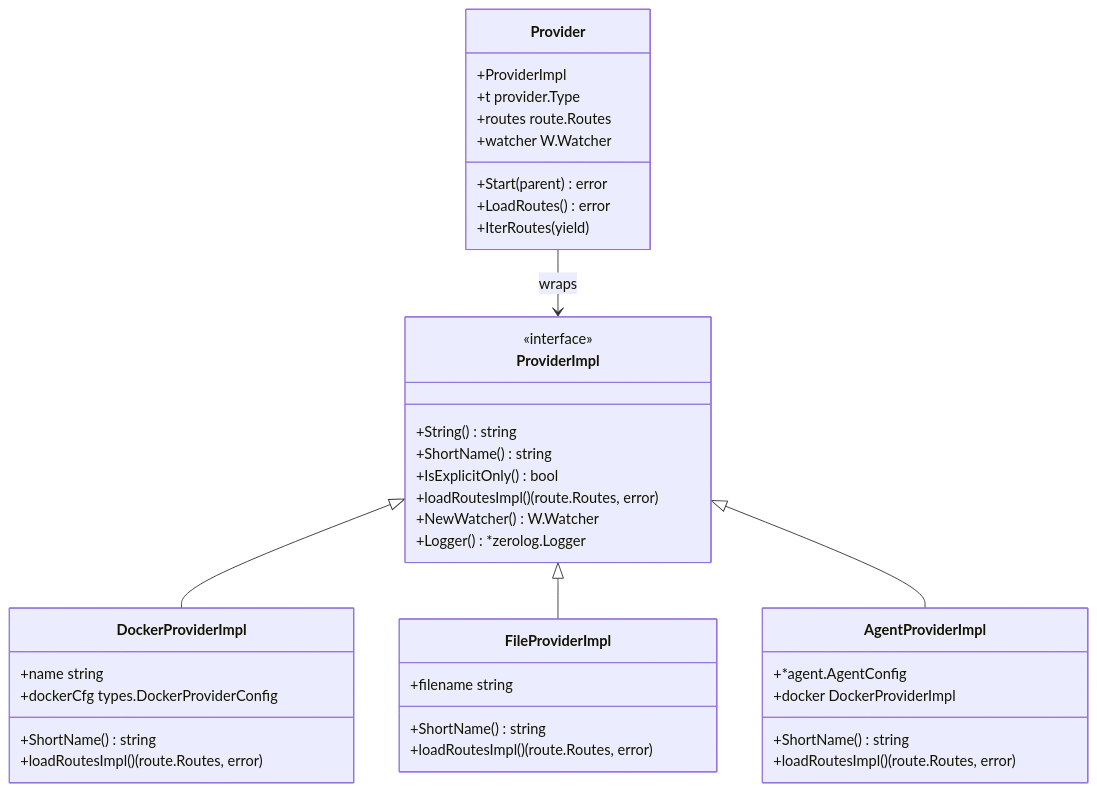
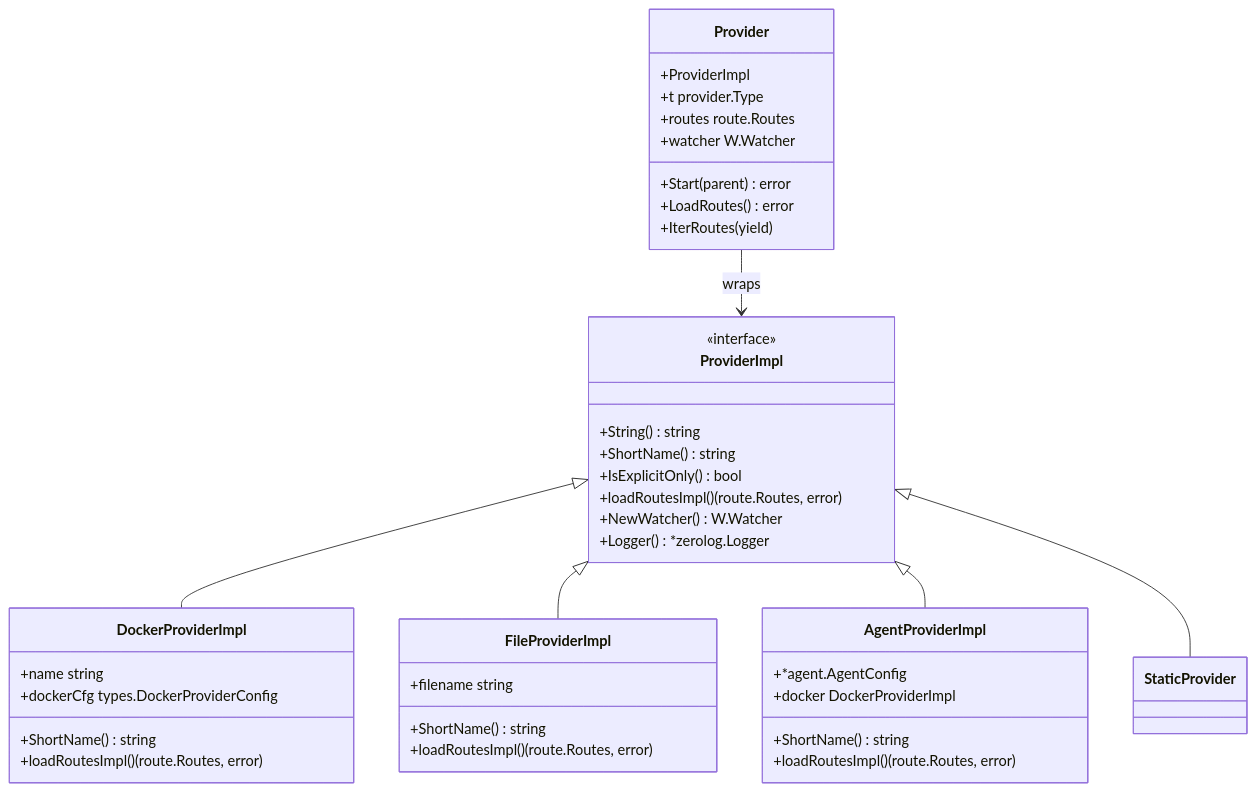
The first of 3 diagrams in content/docs/impl/internal-route-provider.mdx (yusing/godoxy-wiki), drawn with Mermaid before and after one commit. The commit also changed other lines of this file and 20 other files, not shown here.

````diff
--- a/content/docs/impl/internal-route-provider.mdx
+++ b/content/docs/impl/internal-route-provider.mdx
@@ -77,47 +84,48 @@
 ```mermaid
 classDiagram
     class Provider {
         +ProviderImpl
         +t provider.Type
         +routes route.Routes
         +watcher W.Watcher
         +Start(parent) error
         +LoadRoutes() error
         +IterRoutes(yield)
     }
 
     class ProviderImpl {
         <<interface>>
         +String() string
         +ShortName() string
         +IsExplicitOnly() bool
         +loadRoutesImpl() (route.Routes, error)
         +NewWatcher() W.Watcher
         +Logger() *zerolog.Logger
     }
 
     class DockerProviderImpl {
         +name string
         +dockerCfg types.DockerProviderConfig
         +ShortName() string
         +loadRoutesImpl() (route.Routes, error)
     }
 
     class FileProviderImpl {
         +filename string
         +ShortName() string
         +loadRoutesImpl() (route.Routes, error)
     }
 
     class AgentProviderImpl {
         +*agent.AgentConfig
         +docker DockerProviderImpl
         +ShortName() string
         +loadRoutesImpl() (route.Routes, error)
     }
 
     Provider --> ProviderImpl : wraps
     ProviderImpl <|-- DockerProviderImpl
     ProviderImpl <|-- FileProviderImpl
     ProviderImpl <|-- AgentProviderImpl
+    ProviderImpl <|-- StaticProvider
 ```
````
